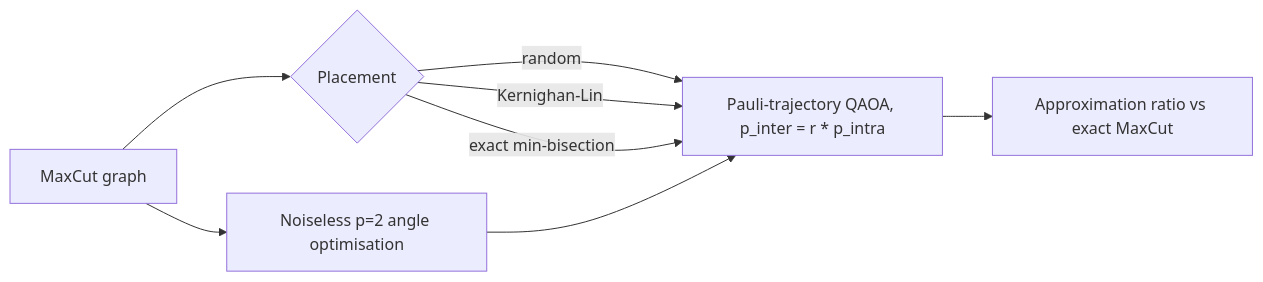
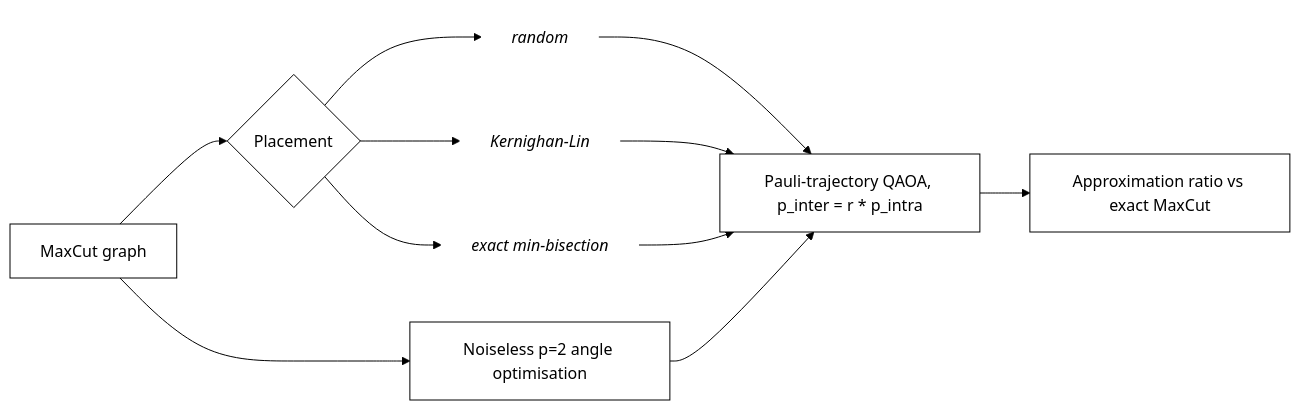
The diagram in README.md (pradeepdegalaroyal/modular-chip-aware-qaoa-placement), drawn with Mermaid before and after one commit. The commit also changed other lines of this file and 2 other files, not shown here.

Commit message:
Docs: spell out abbreviations at first use; diagram labels beside arrows

````diff
--- a/README.md
+++ b/README.md
@@ -24,10 +24,16 @@
 ```mermaid
+%%{init: {'theme': 'base', 'themeVariables': {'primaryColor': '#ffffff', 'primaryTextColor': '#000000', 'primaryBorderColor': '#000000', 'lineColor': '#000000', 'secondaryColor': '#ffffff', 'tertiaryColor': '#ffffff', 'background': '#ffffff', 'noteBkgColor': '#ffffff', 'noteTextColor': '#000000', 'actorBkg': '#ffffff', 'actorBorder': '#000000', 'actorTextColor': '#000000', 'signalColor': '#000000', 'signalTextColor': '#000000', 'labelBoxBkgColor': '#ffffff', 'labelTextColor': '#000000', 'clusterBkg': '#ffffff', 'clusterBorder': '#000000'}}}%%
 flowchart LR
-  G[MaxCut graph] --> A[Noiseless p=2 angle optimisation]
+  G["MaxCut graph"] --> A["Noiseless p=2 angle optimisation"]
   G --> P{Placement}
-  P -->|random| S
-  P -->|Kernighan-Lin| S
-  P -->|exact min-bisection| S
-  A --> S[Pauli-trajectory QAOA, p_inter = r * p_intra]
-  S --> M[Approximation ratio vs exact MaxCut]
+  P --> EL1["random"]
+  EL1 --> S
+  P --> EL2["Kernighan-Lin"]
+  EL2 --> S
+  P --> EL3["exact min-bisection"]
+  EL3 --> S
+  A --> S["Pauli-trajectory QAOA, p_inter = r * p_intra"]
+  S --> M["Approximation ratio vs exact MaxCut"]
+  classDef lbl fill:#ffffff,stroke:#ffffff,color:#000000,font-style:italic;
+  class EL1,EL2,EL3 lbl;
 ```
````
